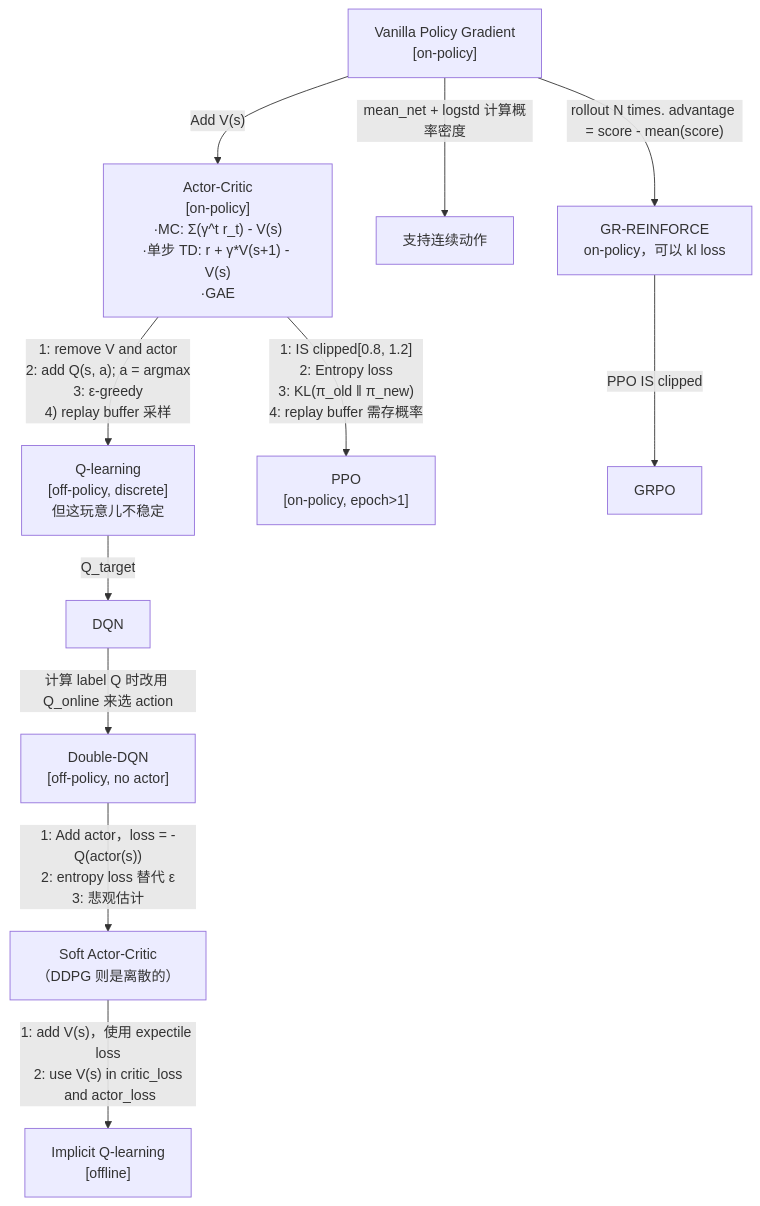
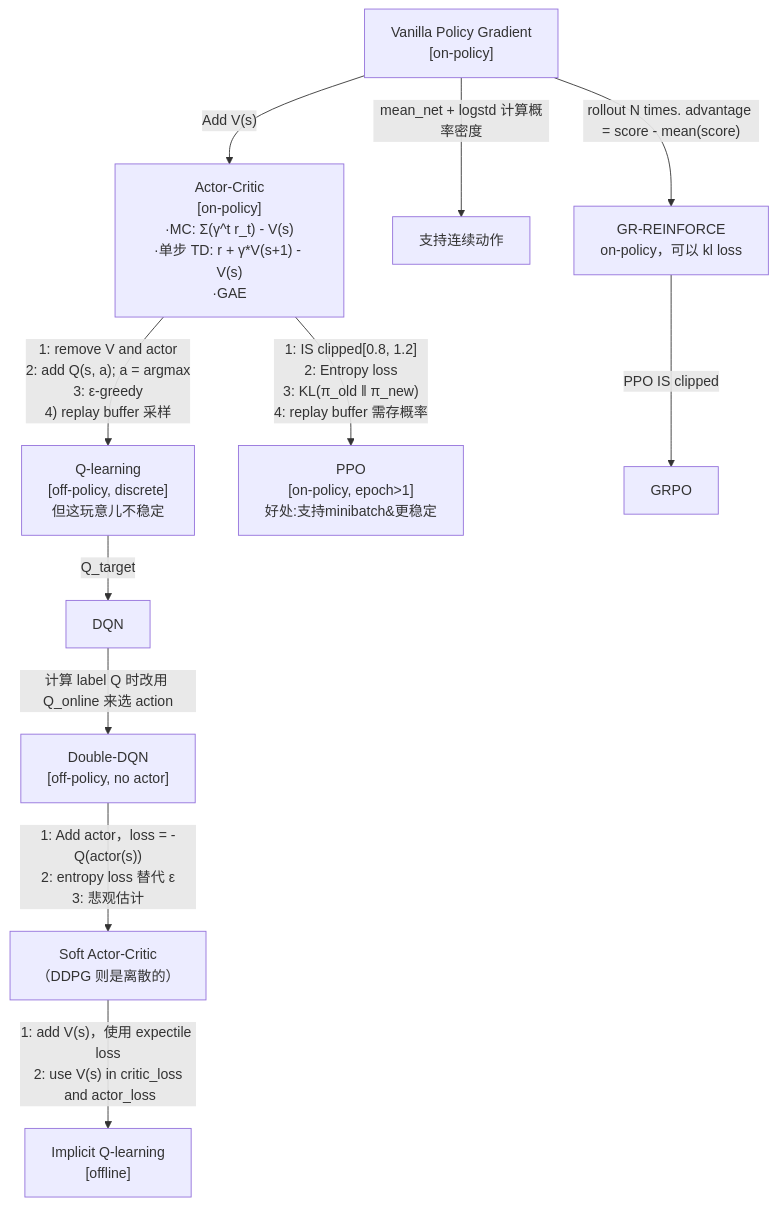
The diagram in 技术学习/285/285-0.md (julyfun/how-to), drawn with Mermaid before and after one commit. The commit also changed other lines of this file and 1 other file, not shown here.

````diff
--- a/技术学习/285/285-0.md
+++ b/技术学习/285/285-0.md
@@ -11,14 +11,14 @@
 ```mermaid
 flowchart TD
     PG["Vanilla Policy Gradient<br>[on-policy]"] -->|"Add V(s)"| AC
     AC["Actor-Critic<br>[on-policy]<br>·MC: Σ(γ^t r_t) - V(s)<br>·单步 TD: r + γ*V(s+1) - V(s)<br>·GAE"]
     PG -->|"mean_net + logstd 计算概率密度"| cont[支持连续动作]
     AC -->|"1: remove V and actor<br>2: add Q(s, a); a = argmax<br>3: ε-greedy<br>4) replay buffer 采样"| Q-learning["Q-learning<br>[off-policy, discrete]<br>但这玩意儿不稳定"]
     Q-learning -->|"Q_target"| DQN
     DQN -->|"计算 label Q 时改用 Q_online 来选 action"| Double-DQN["Double-DQN<br>[off-policy, no actor]"]
     Double-DQN -->|"1: Add actor，loss = -Q(actor(s))<br>2: entropy loss 替代 ε<br>3: 悲观估计"| SAC["Soft Actor-Critic<br>（DDPG 则是离散的）"]
     SAC -->|"1: add V(s)，使用 expectile loss<br>2: use V(s) in critic_loss<br> and actor_loss"| IQL["Implicit Q-learning<br>[offline]"]
-    AC -->|"1: IS clipped[0.8, 1.2]<br>2: Entropy loss<br>3: KL(π_old ‖ π_new)<br>4: replay buffer 需存概率"| PPO["PPO<br>[on-policy, epoch>1]"]
+    AC -->|"1: IS clipped[0.8, 1.2]<br>2: Entropy loss<br>3: KL(π_old ‖ π_new)<br>4: replay buffer 需存概率"| PPO["PPO<br>[on-policy, epoch>1]<br>好处:支持minibatch&更稳定"]
     PG -->|"rollout N times. advantage = score - mean(score)"| GR["GR-REINFORCE<br>on-policy，可以 kl loss"]
     GR -->|"PPO IS clipped"| GRPO
 ```
````
